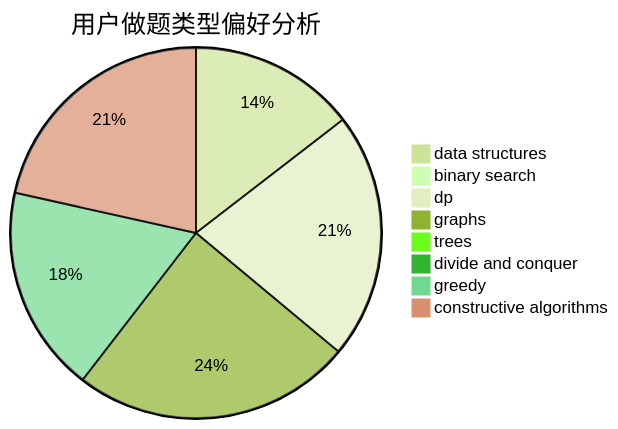
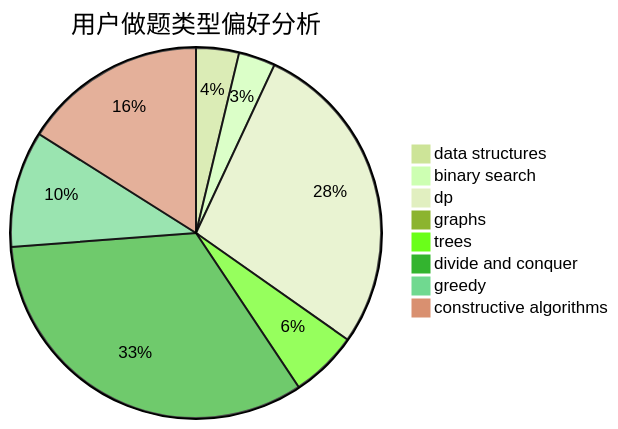
The second of 3 diagrams in docs/user/u689.md (sherpahu/cfrs.github.io), drawn with Mermaid (forest theme) before and after one commit. The commit also changed other lines of this file and 2770 other files, not shown here.

````diff
--- a/docs/user/u689.md
+++ b/docs/user/u689.md
@@ -23,11 +23,11 @@
 ```mermaid
 pie title 用户做题类型偏好分析
-    "data structures" :  25
-    "binary search" :  1
-    "dp" :  37
-    "graphs" :  42
-    "trees" :  0
-    "divide and conquer" :  0
-    "greedy" :  31
-    "constructive algorithms" :  37
+    "data structures" :  7
+    "binary search" :  6
+    "dp" :  52
+    "graphs" :  1
+    "trees" :  11
+    "divide and conquer" :  62
+    "greedy" :  19
+    "constructive algorithms" :  30
 ```
````
